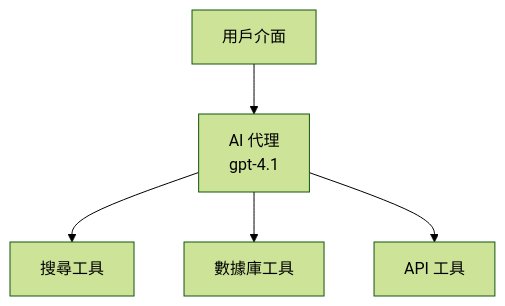
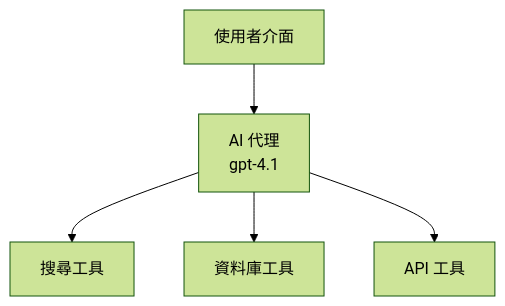
One commit to microsoft/AZD-for-beginners changed the first of 3 diagrams in translations/zh-MO/docs/chapter-02-ai-development/agents.md. Above: the diagram before and after it, drawn with Mermaid (forest theme). The commit also changed other lines of this file and 104 other files, not shown here.

````diff
--- a/translations/zh-MO/docs/chapter-02-ai-development/agents.md
+++ b/translations/zh-MO/docs/chapter-02-ai-development/agents.md
@@ -157,7 +162,7 @@
 ```mermaid
 graph TD
-    UI[用戶介面] --> Agent[AI 代理<br/>gpt-4.1]
+    UI[使用者介面] --> Agent[AI 代理<br/>gpt-4.1]
     Agent --> Search[搜尋工具]
-    Agent --> Database[數據庫工具]
+    Agent --> Database[資料庫工具]
     Agent --> API[API 工具]
 ```
````
